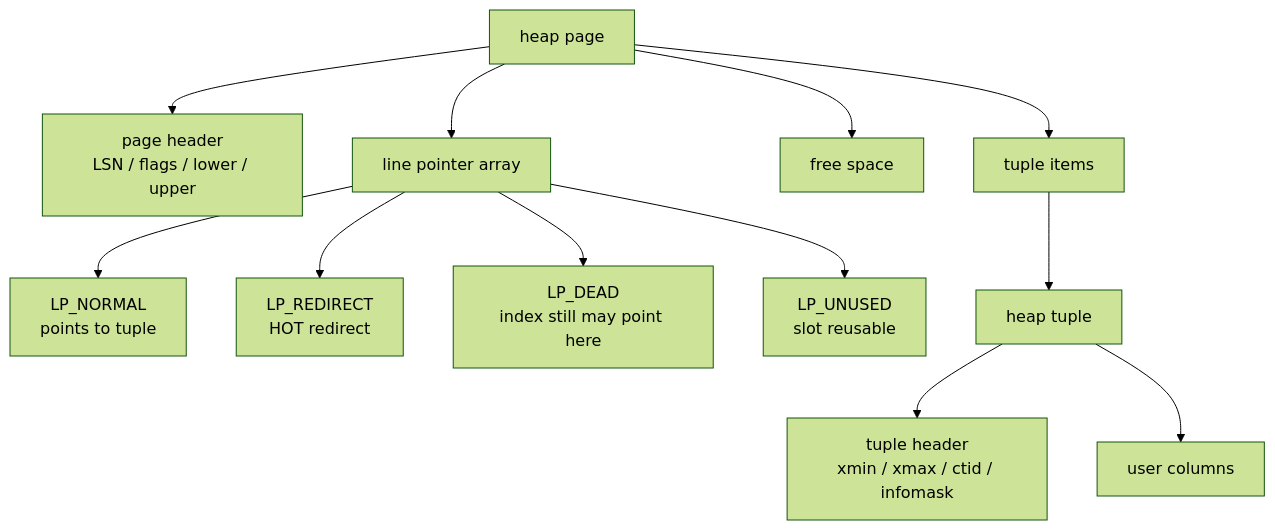
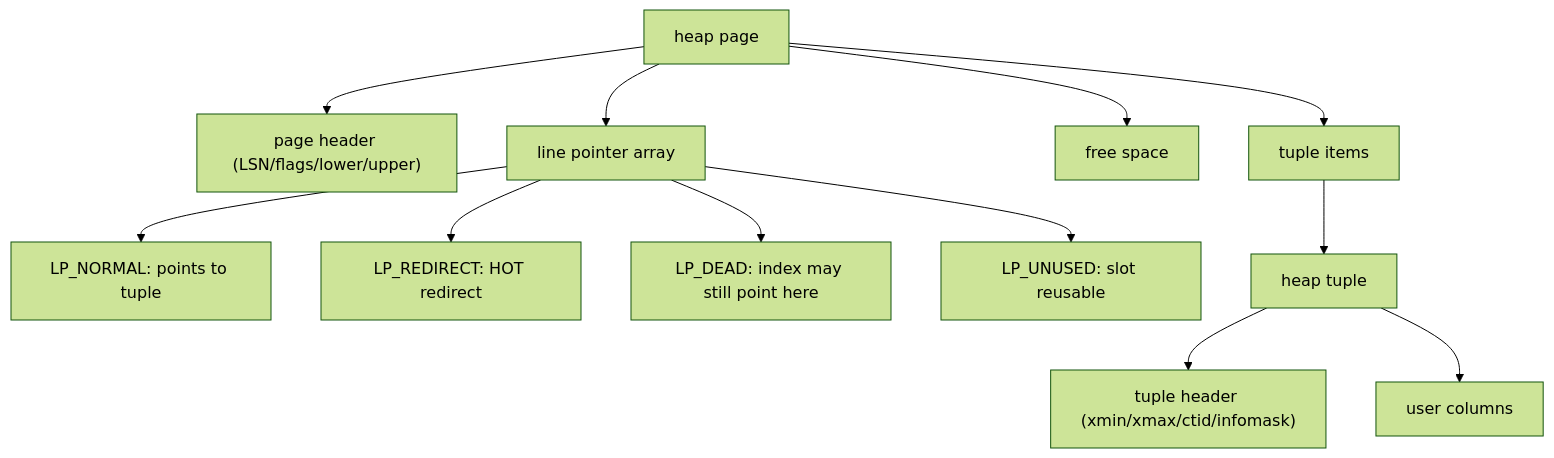
One commit to Dog-Du/Dog-Du.github.io changed the third of 16 diagrams in content/posts/learning-database-industry-day011-2026-06-10-postgresql-oltp-storage.md. Above: the diagram before and after it, drawn with Mermaid (forest theme). The commit also changed other lines of this file and 2 other files, not shown here.

````diff
--- a/content/posts/learning-database-industry-day011-2026-06-10-postgresql-oltp-storage.md
+++ b/content/posts/learning-database-industry-day011-2026-06-10-postgresql-oltp-storage.md
@@ -217,16 +217,16 @@
 ```mermaid
 flowchart TB
-    Page[heap page] --> Header[page header<br/>LSN / flags / lower / upper]
+    Page[heap page] --> Header["page header (LSN/flags/lower/upper)"]
     Page --> LP[line pointer array]
     Page --> Free[free space]
     Page --> Items[tuple items]
 
-    LP --> LP1[LP_NORMAL<br/>points to tuple]
-    LP --> LP2[LP_REDIRECT<br/>HOT redirect]
-    LP --> LP3[LP_DEAD<br/>index still may point here]
-    LP --> LP4[LP_UNUSED<br/>slot reusable]
+    LP --> LP1["LP_NORMAL: points to tuple"]
+    LP --> LP2["LP_REDIRECT: HOT redirect"]
+    LP --> LP3["LP_DEAD: index may still point here"]
+    LP --> LP4["LP_UNUSED: slot reusable"]
 
     Items --> Tup[heap tuple]
-    Tup --> TH[tuple header<br/>xmin / xmax / ctid / infomask]
+    Tup --> TH["tuple header (xmin/xmax/ctid/infomask)"]
     Tup --> Data[user columns]
 ```
````
